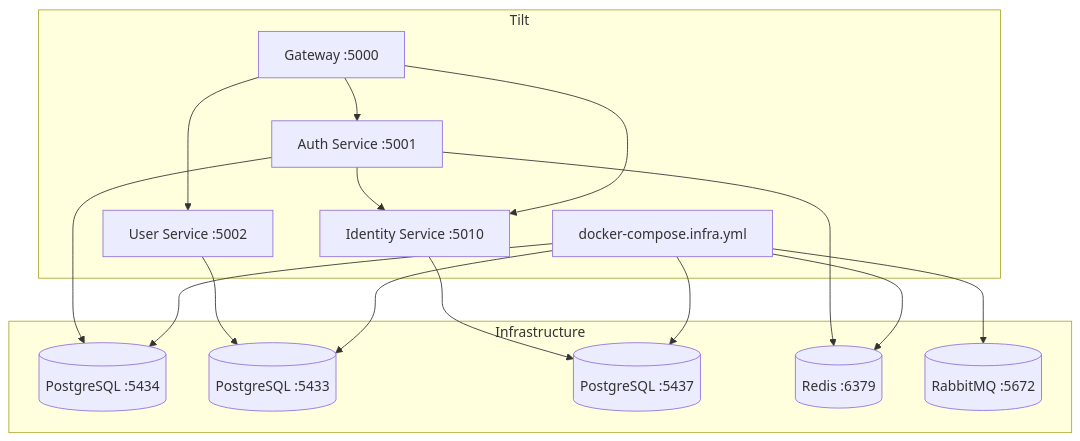
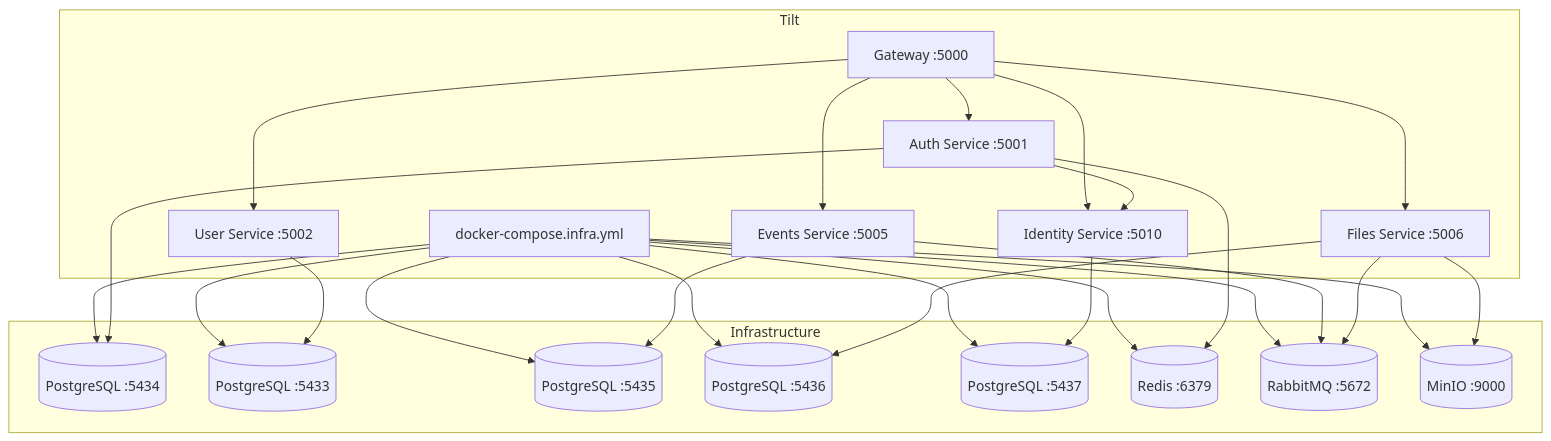
The third of 4 diagrams in docs/guide/development.md (Nechja/hellArch), drawn with Mermaid before and after one commit. The commit also changed other lines of this file and 6 other files, not shown here.

````diff
--- a/docs/guide/development.md
+++ b/docs/guide/development.md
@@ -107,33 +110,48 @@
 ```mermaid
 graph TB
     subgraph Tilt
         INFRA[docker-compose.infra.yml]
         GATEWAY[Gateway :5000]
         AUTH[Auth Service :5001]
         USER[User Service :5002]
+        EVENTS[Events Service :5005]
+        FILES[Files Service :5006]
         IDENTITY[Identity Service :5010]
     end
 
     subgraph Infrastructure
         PG_AUTH[(PostgreSQL :5434)]
         PG_USER[(PostgreSQL :5433)]
+        PG_EVENTS[(PostgreSQL :5435)]
+        PG_FILES[(PostgreSQL :5436)]
         PG_IDENTITY[(PostgreSQL :5437)]
         REDIS[(Redis :6379)]
         RABBIT[(RabbitMQ :5672)]
+        MINIO[(MinIO :9000)]
     end
 
     INFRA --> PG_AUTH
     INFRA --> PG_USER
+    INFRA --> PG_EVENTS
+    INFRA --> PG_FILES
     INFRA --> PG_IDENTITY
     INFRA --> REDIS
     INFRA --> RABBIT
+    INFRA --> MINIO
 
     GATEWAY --> AUTH
     GATEWAY --> USER
+    GATEWAY --> EVENTS
+    GATEWAY --> FILES
     GATEWAY --> IDENTITY
     AUTH --> PG_AUTH
     AUTH --> REDIS
     AUTH --> IDENTITY
     USER --> PG_USER
+    EVENTS --> PG_EVENTS
+    EVENTS --> RABBIT
+    FILES --> PG_FILES
+    FILES --> MINIO
+    FILES --> RABBIT
     IDENTITY --> PG_IDENTITY
 ```
````
